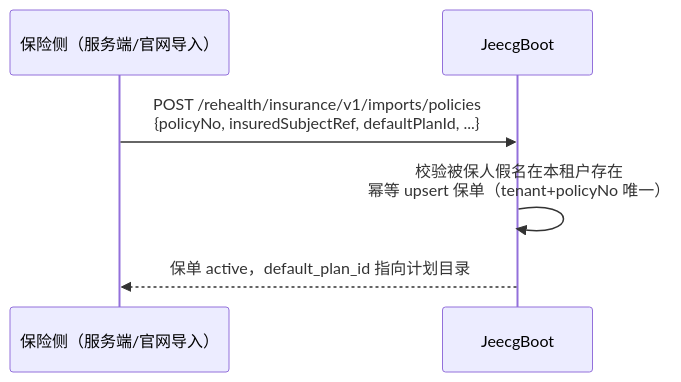
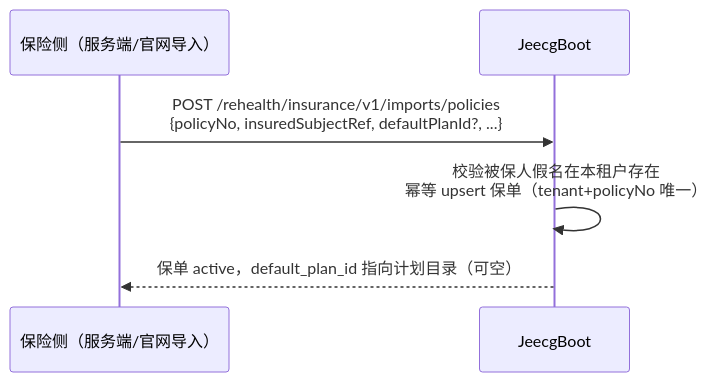
Before and after one commit to wjmlong/rehealth_tongbu: the sixth of 8 diagrams in docs/保险侧计划与保单设计及全流程闭环.md, drawn with Mermaid. The commit also changed other lines of this file and 5 other files, not shown here.

````diff
--- a/docs/保险侧计划与保单设计及全流程闭环.md
+++ b/docs/保险侧计划与保单设计及全流程闭环.md
@@ -113,8 +113,8 @@
 ```mermaid
 sequenceDiagram
     participant OP as 保险侧（服务端/官网导入）
     participant JEE as JeecgBoot
-    OP->>JEE: POST /rehealth/insurance/v1/imports/policies<br>{policyNo, insuredSubjectRef, defaultPlanId, ...}
+    OP->>JEE: POST /rehealth/insurance/v1/imports/policies<br>{policyNo, insuredSubjectRef, defaultPlanId?, ...}
     JEE->>JEE: 校验被保人假名在本租户存在<br>幂等 upsert 保单（tenant+policyNo 唯一）
-    JEE-->>OP: 保单 active，default_plan_id 指向计划目录
+    JEE-->>OP: 保单 active，default_plan_id 指向计划目录（可空）
 ```
````
